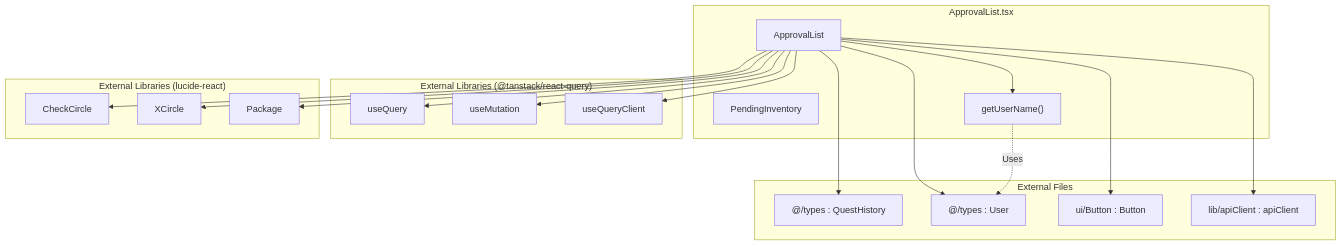
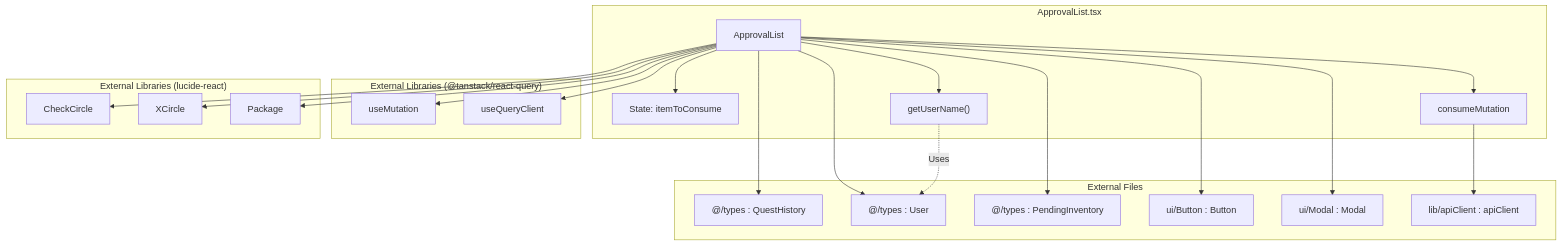
The second of 2 diagrams in docs/specifications/family-quest/src/features/quest/components/ApprovalList.md (mmtigers/my_python_project), drawn with Mermaid before and after one commit. The commit also changed other lines of this file and 7 other files, not shown here.

````diff
--- a/docs/specifications/family-quest/src/features/quest/components/ApprovalList.md
+++ b/docs/specifications/family-quest/src/features/quest/components/ApprovalList.md
@@ -141,45 +121,50 @@
 ```mermaid
 graph TD
     subgraph "ApprovalList.tsx"
         Component_ApprovalList["ApprovalList"]
-        Type_PendingInventory["PendingInventory"]
+        State_ItemToConsume["State: itemToConsume"]
+        Mutation_Consume["consumeMutation"]
         Func_getUserName["getUserName()"]
     end
-    
+
     subgraph "External Libraries (@tanstack/react-query)"
-        Hook_useQuery["useQuery"]
         Hook_useMutation["useMutation"]
         Hook_useQueryClient["useQueryClient"]
     end
 
     subgraph "External Libraries (lucide-react)"
         Icon_CheckCircle["CheckCircle"]
         Icon_XCircle["XCircle"]
         Icon_Package["Package"]
     end
-    
+
     subgraph "External Files"
         Type_QuestHistory["@/types : QuestHistory"]
         Type_User["@/types : User"]
+        Type_PendingInventory["@/types : PendingInventory"]
         UI_Button["ui/Button : Button"]
+        UI_Modal["ui/Modal : Modal"]
         API_Client["lib/apiClient : apiClient"]
     end
 
-    Component_ApprovalList --> Hook_useQuery
     Component_ApprovalList --> Hook_useMutation
     Component_ApprovalList --> Hook_useQueryClient
-    
+    Component_ApprovalList --> State_ItemToConsume
+    Component_ApprovalList --> Mutation_Consume
+
     Component_ApprovalList --> Icon_CheckCircle
     Component_ApprovalList --> Icon_XCircle
     Component_ApprovalList --> Icon_Package
-    
+
     Component_ApprovalList --> UI_Button
-    
-    Component_ApprovalList --> API_Client
+    Component_ApprovalList --> UI_Modal
+
+    Mutation_Consume --> API_Client
     Component_ApprovalList --> Type_QuestHistory
     Component_ApprovalList --> Type_User
+    Component_ApprovalList --> Type_PendingInventory
     Component_ApprovalList --> Func_getUserName
-    
+
     Func_getUserName -. Uses .-> Type_User
 
 ```
````
